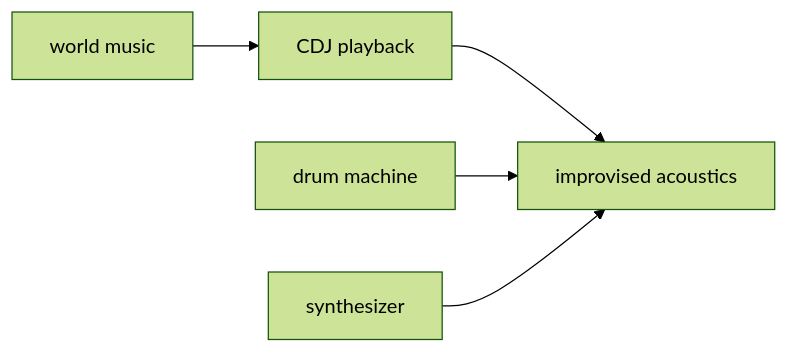
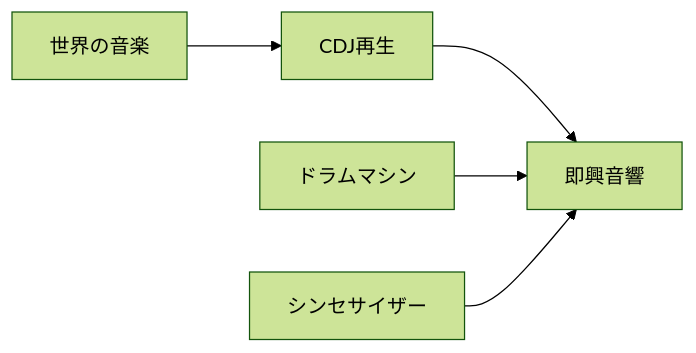
Before and after one commit to monumental-movement/monumental-movement.github.io: the third of 9 diagrams in en/_posts/2026-03-06-column-keiji-haino.md, drawn with Mermaid (forest theme). The commit also changed other lines of this file and 2196 other files, not shown here.

```diff
--- a/en/_posts/2026-03-06-column-keiji-haino.md
+++ b/en/_posts/2026-03-06-column-keiji-haino.md
@@ -326,14 +326,14 @@
 <div class="mermaid">
 flowchart LR
-A[world music]
-B[CDJ playback]
-C[drum machine]
-D[synthesizer]
-E[improvised acoustics]
+A[世界の音楽]
+B[CDJ再生]
+C[ドラムマシン]
+D[シンセサイザー]
+E[即興音響]
 
 A --> B
 B --> E
 C --> E
 D --> E
 
 </div>
```
